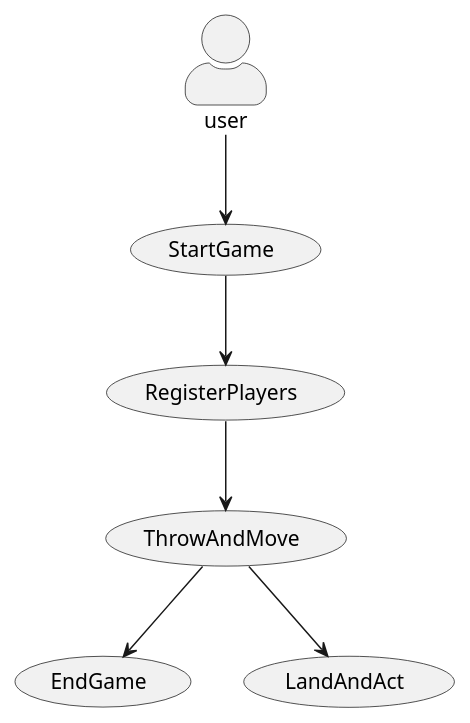
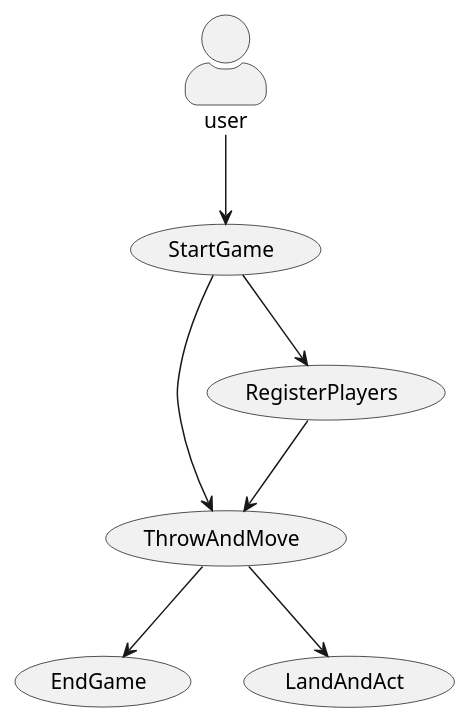
Before and after one commit to Dat1Cphbusiness/MonopolyF25: the diagram in doc/UseCase.puml, drawn with PlantUML.

Commit message:
UseCase update

```diff
--- a/doc/UseCase.puml
+++ b/doc/UseCase.puml
@@ -1,19 +1,20 @@
 @startuml
 'https://plantuml.com/use-case-diagram
 
 skinparam actorStyle awesome
 actor user
 
 usecase "ThrowAndMove"
 usecase "StartGame"
 usecase "EndGame"
 usecase "RegisterPlayers"
 usecase "LandAndAct"
 
 user --> "StartGame"
 "StartGame" --> "RegisterPlayers"
+"StartGame" --> "ThrowAndMove"
 "RegisterPlayers" --> "ThrowAndMove"
 "ThrowAndMove" --> "LandAndAct"
 "ThrowAndMove" --> "EndGame"
 
 @enduml
```
